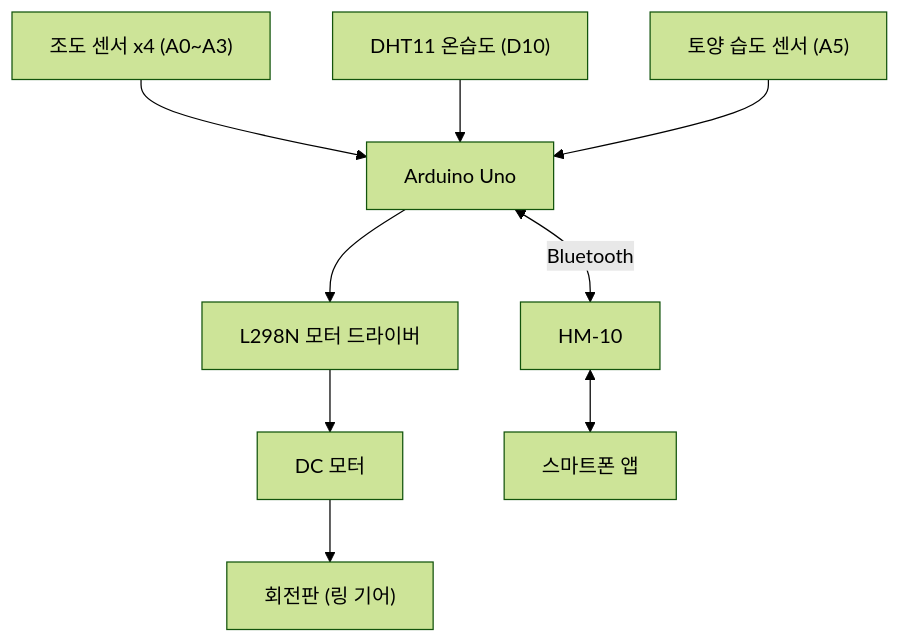
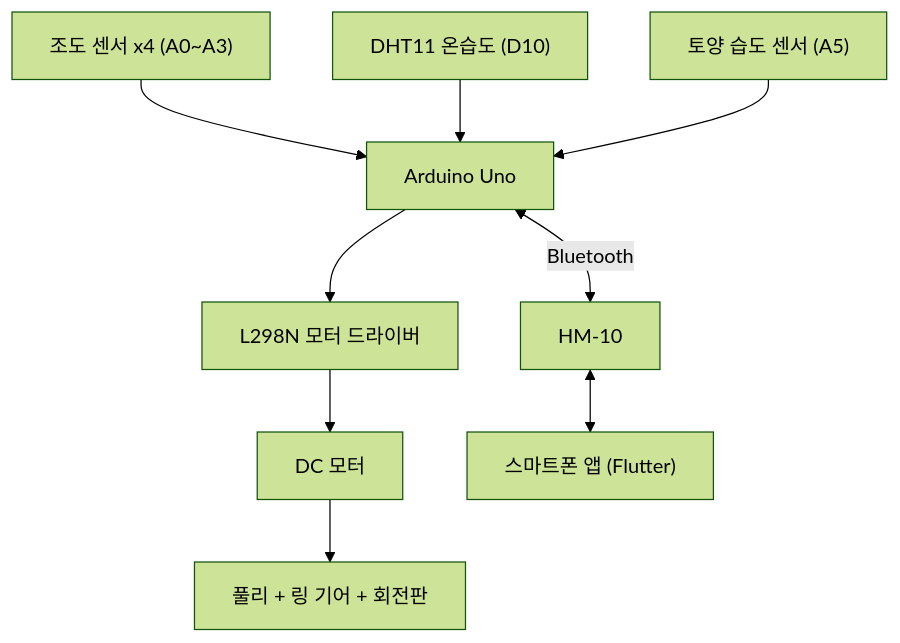
One commit to GGo-ri/smart-rotating-plant-pot changed the diagram in README.md. Above: the diagram before and after it, drawn with Mermaid (forest theme). The commit also changed other lines of this file and 1 other file, not shown here.

Commit message:
Add roles, KCI paper details, app and rotation hardware sections, exhibition panel

````diff
--- a/README.md
+++ b/README.md
@@ -42,11 +56,11 @@
 ```mermaid
 flowchart TD
     ldr["조도 센서 x4 (A0~A3)"] --> uno["Arduino Uno"]
     dht["DHT11 온습도 (D10)"] --> uno
     soil["토양 습도 센서 (A5)"] --> uno
     uno --> drv["L298N 모터 드라이버"]
     drv --> motor["DC 모터"]
-    motor --> plate["회전판 (링 기어)"]
+    motor --> plate["풀리 + 링 기어 + 회전판"]
     uno <-->|"Bluetooth"| hm["HM-10"]
-    hm <--> app["스마트폰 앱"]
+    hm <--> app["스마트폰 앱 (Flutter)"]
 ```
````
